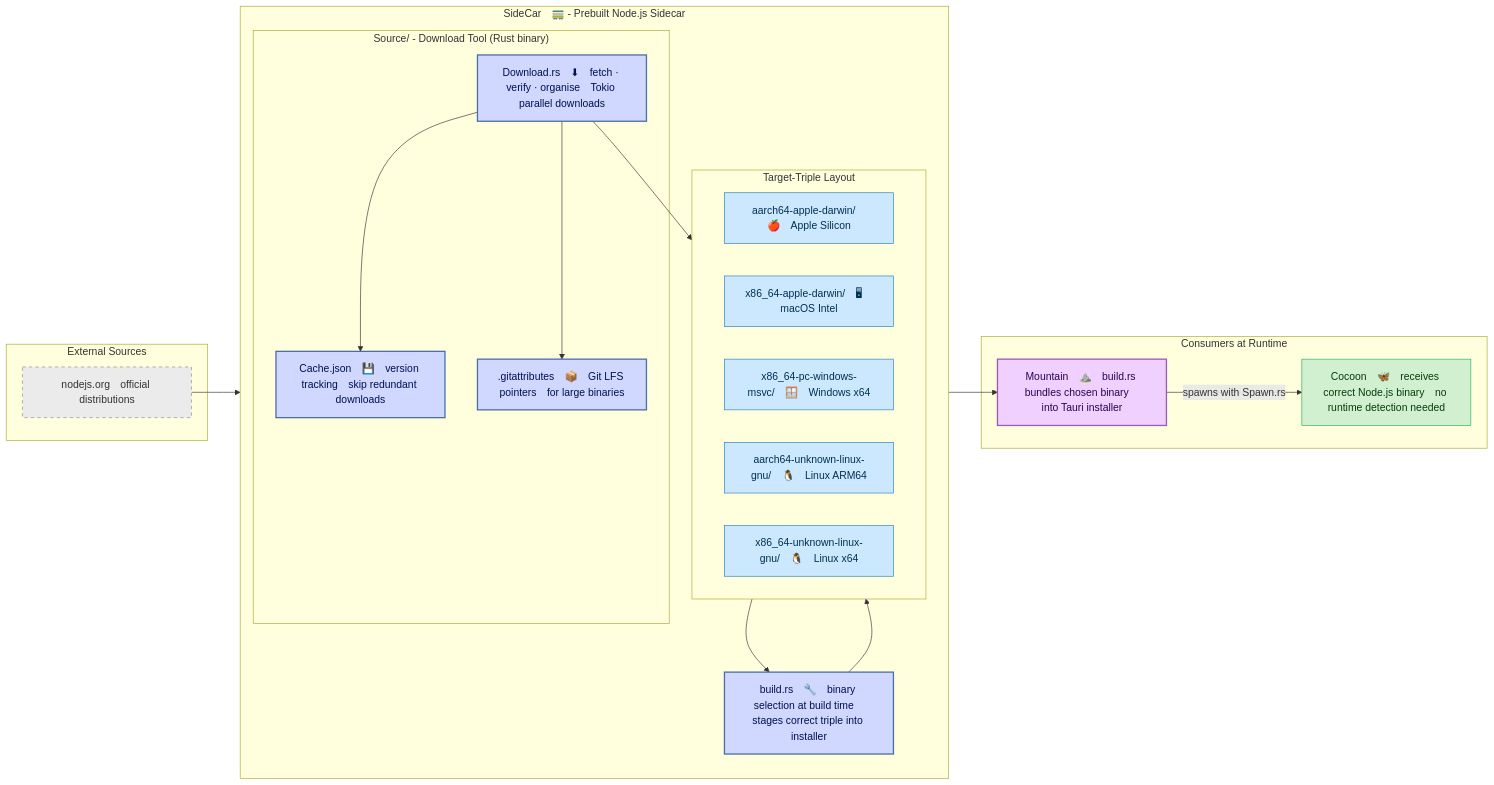
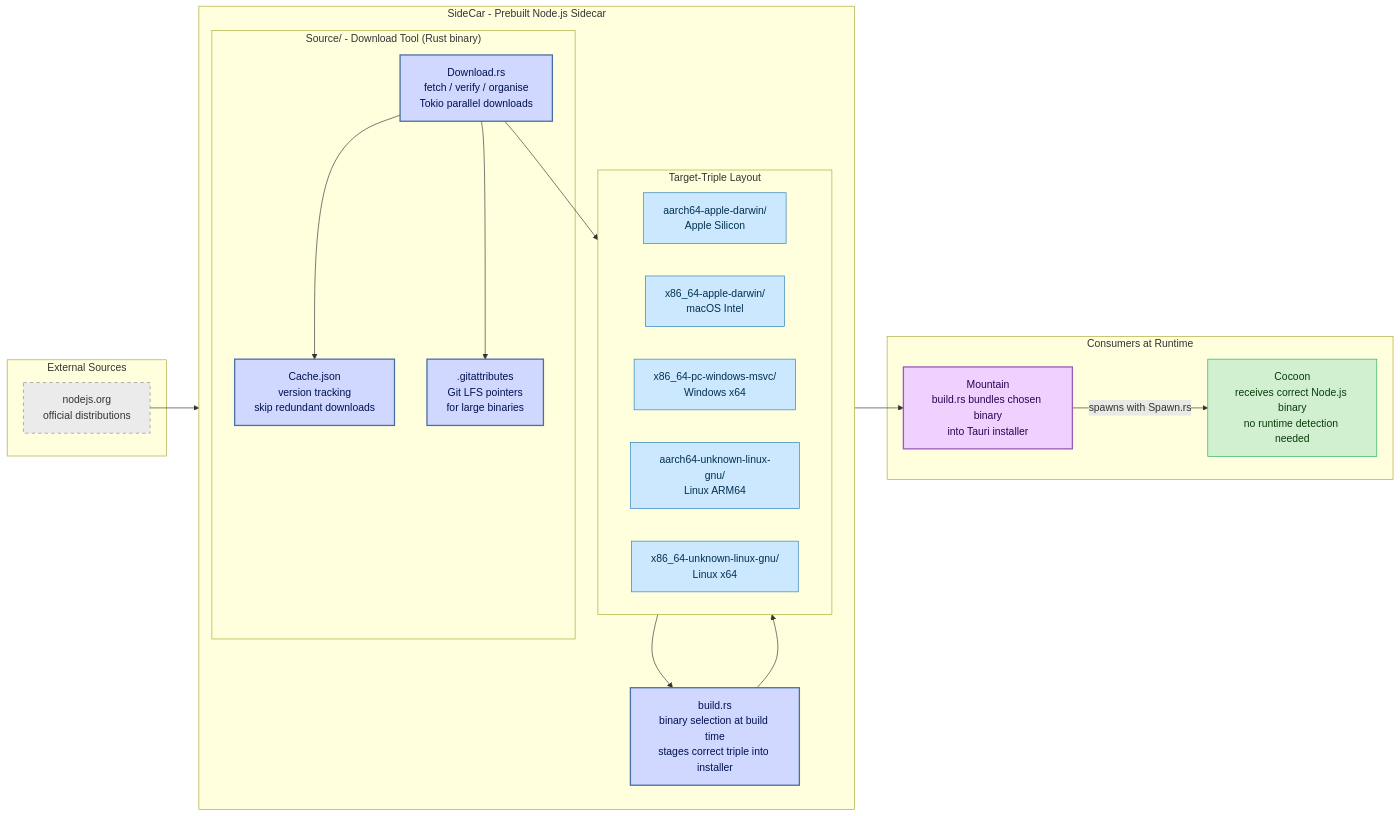
The first of 3 diagrams in README.md (CodeEditorLand/SideCar), drawn with Mermaid before and after one commit. The commit also changed other lines of this file and 1 other file, not shown here.

Commit message:
Refactor documentation for SideCar: remove emojis, adjust section order, and enhance clarity

````diff
--- a/README.md
+++ b/README.md
@@ -131,44 +131,44 @@
 ```mermaid
 graph LR
-    classDef sidecar   fill:#d0d8ff,stroke:#4a6fa5,stroke-width:2px,color:#001050;
-    classDef external  fill:#ebebeb,stroke:#888,stroke-width:1px,stroke-dasharray:5 5,color:#333;
-    classDef storage   fill:#cce8ff,stroke:#2980b9,stroke-width:1px,color:#003050;
-    classDef mountain  fill:#f0d0ff,stroke:#9b59b6,stroke-width:2px,color:#2c0050;
-    classDef cocoon    fill:#d0f0d0,stroke:#27ae60,stroke-width:1px,color:#0a3a0a;
+    classDef sidecar fill:#d0d8ff,stroke:#4a6fa5,stroke-width:2px,color:#001050;
+    classDef external fill:#ebebeb,stroke:#888,stroke-width:1px,stroke-dasharray:5 5,color:#333;
+    classDef storage fill:#cce8ff,stroke:#2980b9,stroke-width:1px,color:#003050;
+    classDef mountain fill:#f0d0ff,stroke:#9b59b6,stroke-width:2px,color:#2c0050;
+    classDef cocoon fill:#d0f0d0,stroke:#27ae60,stroke-width:1px,color:#0a3a0a;
 
     subgraph SOURCES["External Sources"]
-        NodeJSOrg["nodejs.org official distributions"]:::external
+        NodeJSOrg["nodejs.org<br/>official distributions"]:::external
     end
 
-    subgraph SIDECAR["SideCar 🚃 - Prebuilt Node.js Sidecar"]
+    subgraph SIDECAR["SideCar - Prebuilt Node.js Sidecar"]
         direction TB
         subgraph TOOL["Source/ - Download Tool (Rust binary)"]
-            DownloadBin["Download.rs ⬇ fetch · verify · organise Tokio parallel downloads"]:::sidecar
-            CacheJSON["Cache.json 💾 version tracking skip redundant downloads"]:::sidecar
-            GitLFS[".gitattributes 📦 Git LFS pointers for large binaries"]:::sidecar
+            DownloadBin["Download.rs<br/>fetch / verify / organise<br/>Tokio parallel downloads"]:::sidecar
+            CacheJSON["Cache.json<br/>version tracking<br/>skip redundant downloads"]:::sidecar
+            GitLFS[".gitattributes<br/>Git LFS pointers<br/>for large binaries"]:::sidecar
             DownloadBin --> CacheJSON
             DownloadBin --> GitLFS
         end
         subgraph LAYOUT["Target-Triple Layout"]
-            Darwin_ARM["aarch64-apple-darwin/ 🍎 Apple Silicon"]:::storage
-            Darwin_x86["x86_64-apple-darwin/ 🖥 macOS Intel"]:::storage
-            Win_x86["x86_64-pc-windows-msvc/ 🪟 Windows x64"]:::storage
-            Linux_ARM["aarch64-unknown-linux-gnu/ 🐧 Linux ARM64"]:::storage
-            Linux_x86["x86_64-unknown-linux-gnu/ 🐧 Linux x64"]:::storage
+            Darwin_ARM["aarch64-apple-darwin/<br/>Apple Silicon"]:::storage
+            Darwin_x86["x86_64-apple-darwin/<br/>macOS Intel"]:::storage
+            Win_x86["x86_64-pc-windows-msvc/<br/>Windows x64"]:::storage
+            Linux_ARM["aarch64-unknown-linux-gnu/<br/>Linux ARM64"]:::storage
+            Linux_x86["x86_64-unknown-linux-gnu/<br/>Linux x64"]:::storage
         end
-        BuildRS["build.rs 🔧 binary selection at build time stages correct triple into installer"]:::sidecar
+        BuildRS["build.rs<br/>binary selection at build time<br/>stages correct triple into installer"]:::sidecar
 
         DownloadBin --> LAYOUT
         BuildRS --> LAYOUT
     end
 
     subgraph CONSUMERS["Consumers at Runtime"]
-        Mountain["Mountain ⛰️ build.rs bundles chosen binary into Tauri installer"]:::mountain
-        Cocoon["Cocoon 🦋 receives correct Node.js binary no runtime detection needed"]:::cocoon
+        Mountain["Mountain<br/>build.rs bundles chosen binary<br/>into Tauri installer"]:::mountain
+        Cocoon["Cocoon<br/>receives correct Node.js binary<br/>no runtime detection needed"]:::cocoon
     end
 
     NodeJSOrg --> DownloadBin
     LAYOUT --> BuildRS
     BuildRS --> Mountain
-    Mountain -- spawns with Spawn.rs --> Cocoon
+    Mountain -- "spawns with Spawn.rs" --> Cocoon
 ```
````
